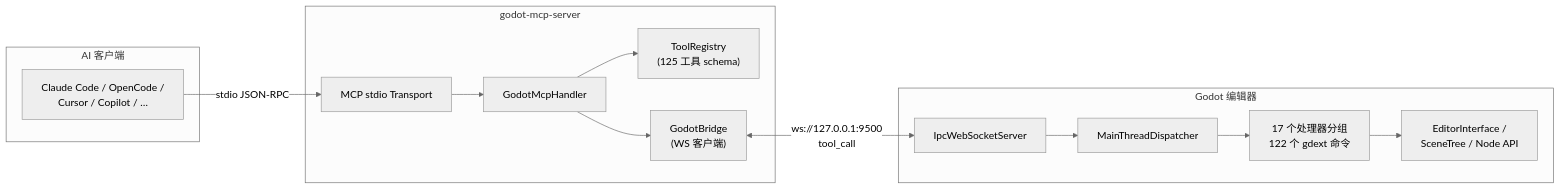
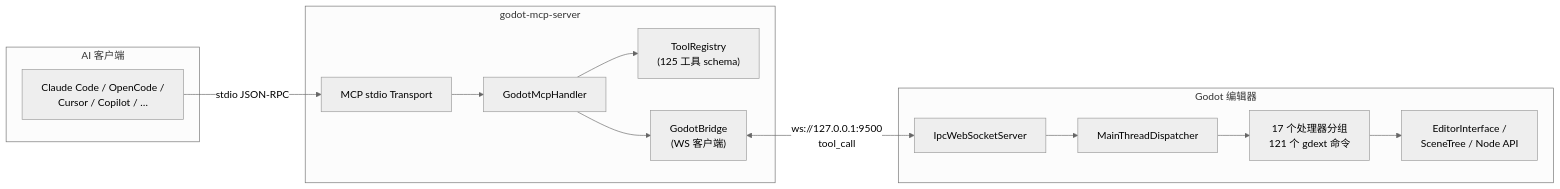
One commit to jesspig/GodotMCP-GDExtension changed the diagram in README-zh.md. Above: the diagram before and after it, drawn with Mermaid (neutral theme). The commit also changed other lines of this file and 1 other file, not shown here.

````diff
--- a/README-zh.md
+++ b/README-zh.md
@@ -13,29 +14,29 @@
 ```mermaid
 graph LR
     subgraph AI["AI 客户端"]
         Client["Claude Code / OpenCode /<br/>Cursor / Copilot / …"]
     end
 
     subgraph ServerProc["godot-mcp-server"]
         Stdio["MCP stdio Transport"]
         Handler["GodotMcpHandler"]
         Registry["ToolRegistry<br/>(125 工具 schema)"]
         Bridge["GodotBridge<br/>(WS 客户端)"]
     end
 
     subgraph GodotProc["Godot 编辑器"]
         WS["IpcWebSocketServer"]
         Dispatcher["MainThreadDispatcher"]
-        Commands["17 个处理器分组<br/>122 个 gdext 命令"]
+        Commands["17 个处理器分组<br/>121 个 gdext 命令"]
         Editor["EditorInterface /<br/>SceneTree / Node API"]
     end
 
     Client -->|stdio JSON-RPC| Stdio
     Stdio --> Handler
     Handler --> Registry
     Handler --> Bridge
     Bridge <-->|ws://127.0.0.1:9500<br/>tool_call| WS
     WS --> Dispatcher
     Dispatcher --> Commands
     Commands --> Editor
 ```
````
